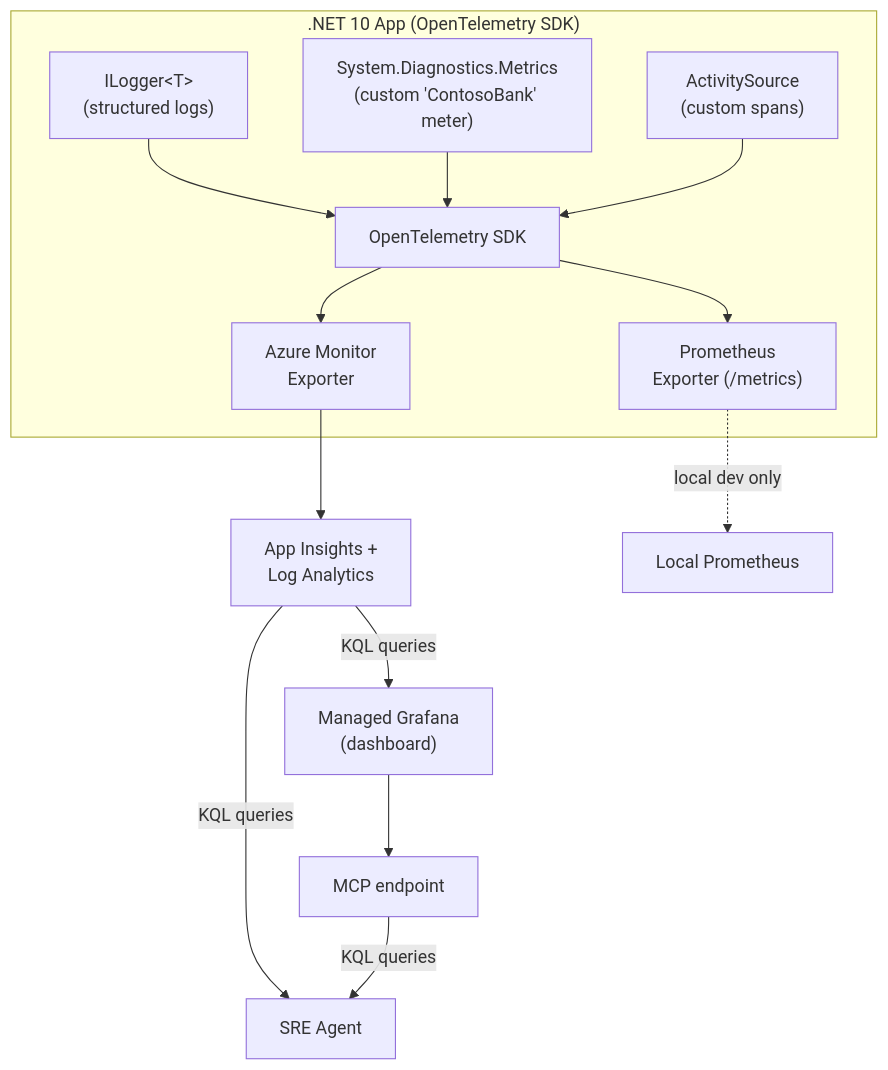
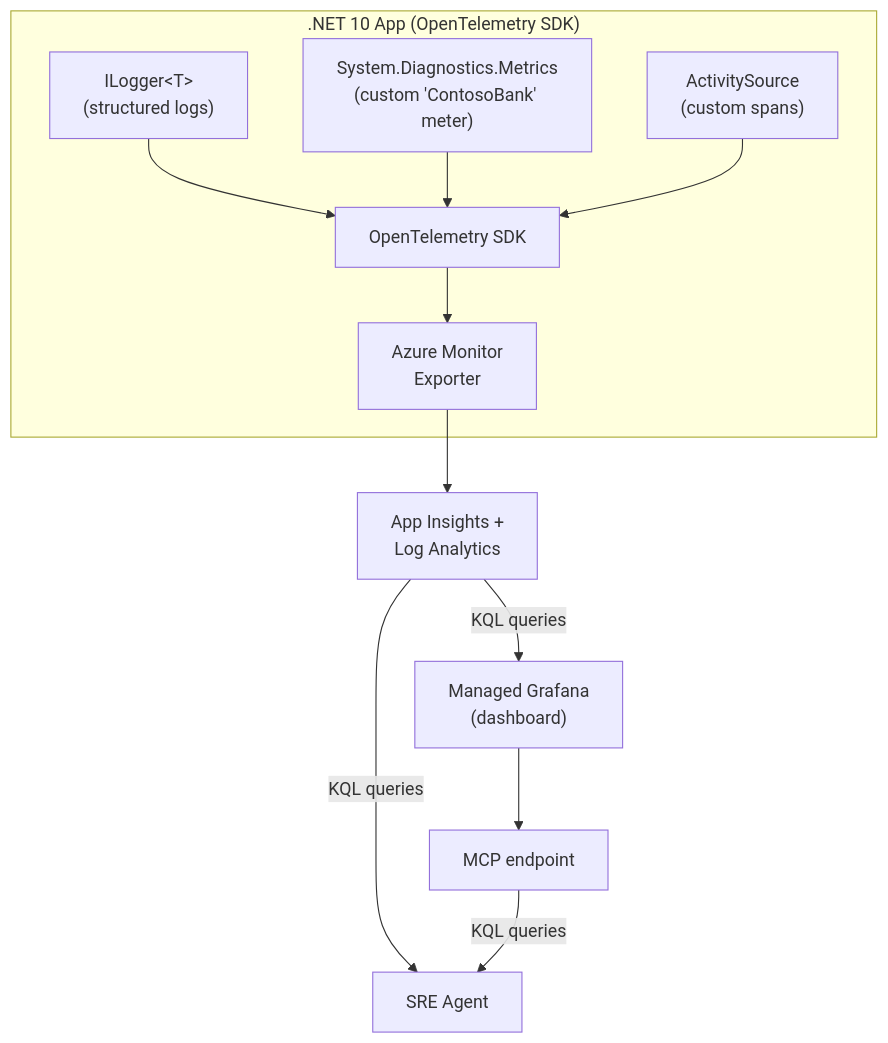
Before and after one commit to AlahmadiQ8/sre-agent-demo: the second of 2 diagrams in README.md, drawn with Mermaid. The commit also changed other lines of this file and 6 other files, not shown here.

Commit message:
Refactor Grafana setup: remove Prometheus integration, update dashboard queries for Azure Monitor, and streamline local Grafana configuration

````diff
--- a/README.md
+++ b/README.md
@@ -120,19 +135,17 @@
 ```mermaid
 graph TD
     subgraph DotNetApp[".NET 10 App (OpenTelemetry SDK)"]
         Logs["ILogger&lt;T&gt;<br/>(structured logs)"] --> OTel["OpenTelemetry SDK"]
         Metrics["System.Diagnostics.Metrics<br/>(custom 'ContosoBank' meter)"] --> OTel
         Traces["ActivitySource<br/>(custom spans)"] --> OTel
 
         OTel --> AzExporter["Azure Monitor<br/>Exporter"]
-        OTel --> PromExporter["Prometheus<br/>Exporter (/metrics)"]
     end
 
     AzExporter --> AppInsights["App Insights +<br/>Log Analytics"]
-    PromExporter -.->|"local dev only"| LocalProm["Local Prometheus"]
     AppInsights -->|"KQL queries"| Grafana["Managed Grafana<br/>(dashboard)"]
     Grafana --> MCP["MCP endpoint"]
 
     AppInsights -->|"KQL queries"| SRE["SRE Agent"]
     MCP -->|"KQL queries"| SRE
 ```
````
